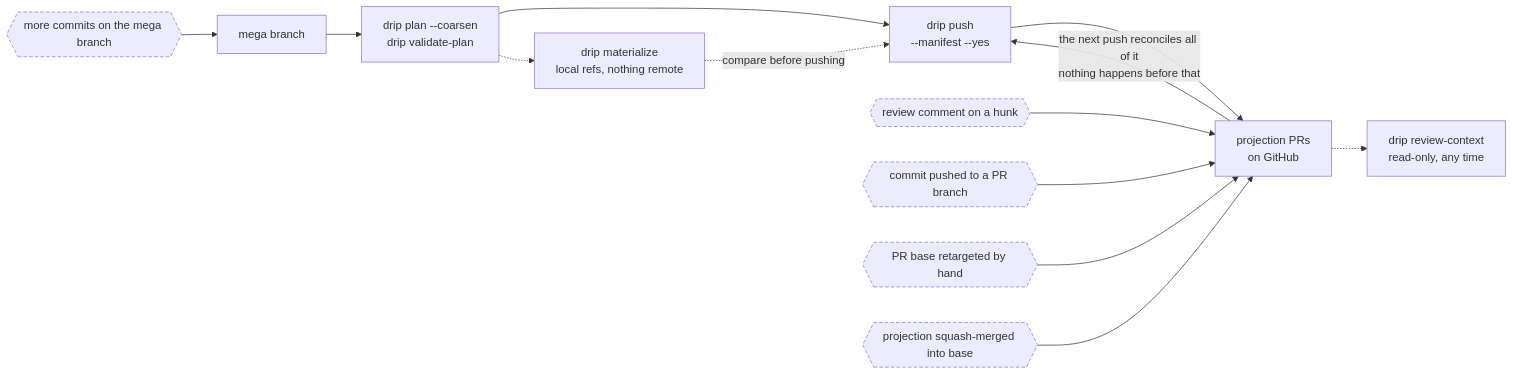
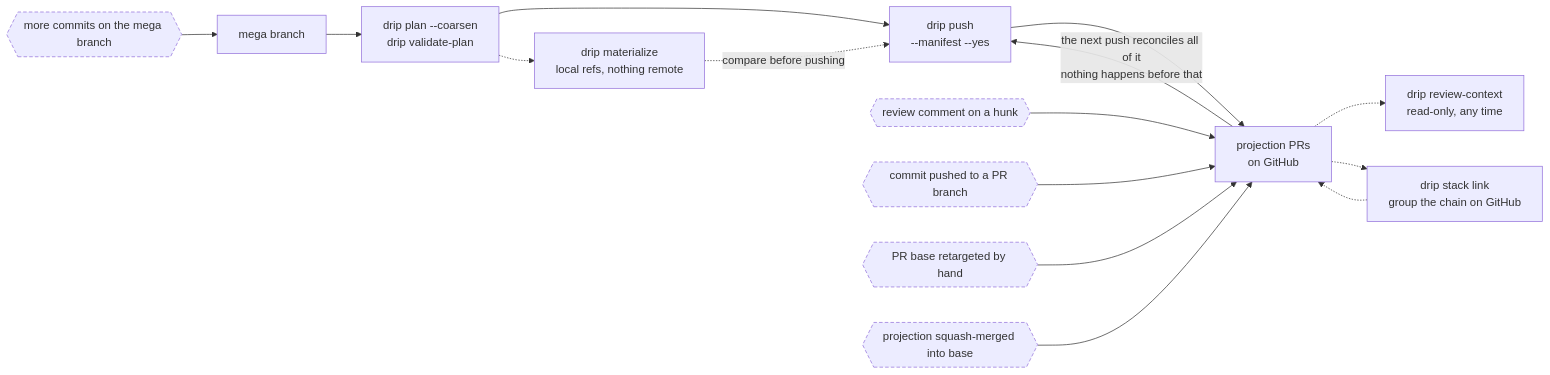
One commit to fustilio/drip changed the diagram in docs/review-feedback-loop.md. Above: the diagram before and after it, drawn with Mermaid. The commit also changed other lines of this file and 15 other files, not shown here.

````diff
--- a/docs/review-feedback-loop.md
+++ b/docs/review-feedback-loop.md
@@ -15,20 +15,22 @@
 ```mermaid
 flowchart LR
     MEGA["mega branch"] --> PLAN["drip plan --coarsen<br/>drip validate-plan"]
     PLAN --> PUSH["drip push<br/>--manifest --yes"]
     PUSH --> PRS["projection PRs<br/>on GitHub"]
     PLAN -.-> MAT["drip materialize<br/>local refs, nothing remote"]
     MAT -. "compare before pushing" .-> PUSH
 
     EW{{"more commits on the mega branch"}} --> MEGA
     EC{{"review comment on a hunk"}} --> PRS
     EB{{"commit pushed to a PR branch"}} --> PRS
     ER{{"PR base retargeted by hand"}} --> PRS
     EM{{"projection squash-merged into base"}} --> PRS
 
     PRS -- "the next push reconciles all of it<br/>nothing happens before that" --> PUSH
     PRS -.-> RC["drip review-context<br/>read-only, any time"]
+    PRS -.-> ST["drip stack link<br/>group the chain on GitHub"]
+    ST -.-> PRS
 
     classDef external stroke-dasharray: 5 3
     class EC,EB,EM,ER,EW external
 ```
````
